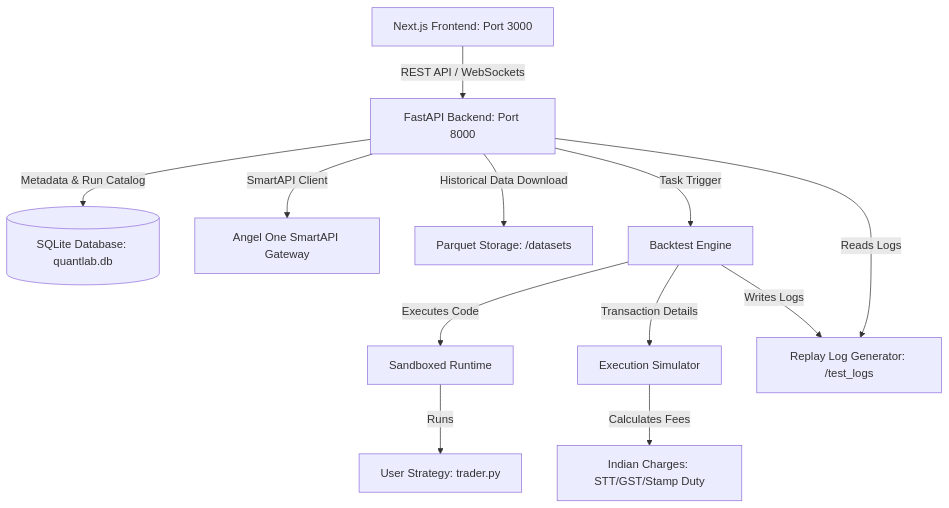
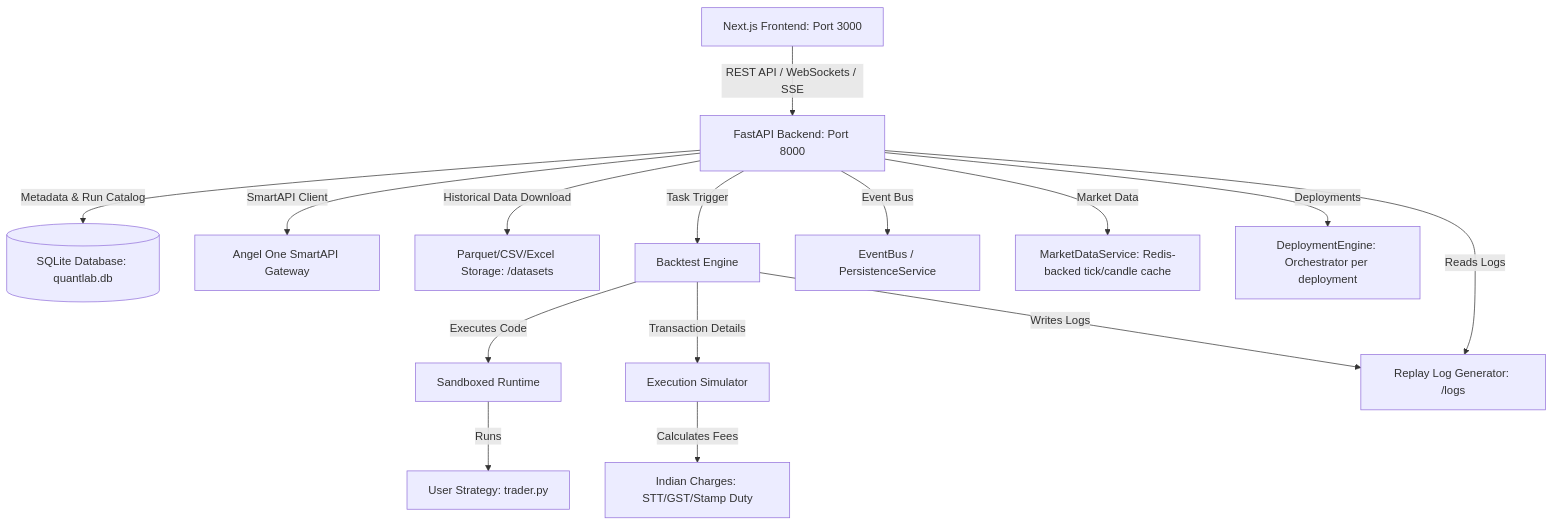
One commit to rajneesh-yadav-047/quantp changed the diagram in README.md. Above: the diagram before and after it, drawn with Mermaid. The commit also changed other lines of this file and 4153 other files, not shown here.

````diff
--- a/README.md
+++ b/README.md
@@ -117,14 +116,17 @@
 ```mermaid
 graph TD
-    A[Next.js Frontend: Port 3000] -->|REST API / WebSockets| B[FastAPI Backend: Port 8000]
+    A[Next.js Frontend: Port 3000] -->|REST API / WebSockets / SSE| B[FastAPI Backend: Port 8000]
     B -->|Metadata & Run Catalog| C[(SQLite Database: quantlab.db)]
     B -->|SmartAPI Client| D[Angel One SmartAPI Gateway]
-    B -->|Historical Data Download| E[Parquet Storage: /datasets]
+    B -->|Historical Data Download| E[Parquet/CSV/Excel Storage: /datasets]
     B -->|Task Trigger| F[Backtest Engine]
     F -->|Executes Code| G[Sandboxed Runtime]
     G -->|Runs| H[User Strategy: trader.py]
     F -->|Transaction Details| I[Execution Simulator]
     I -->|Calculates Fees| J[Indian Charges: STT/GST/Stamp Duty]
-    F -->|Writes Logs| K[Replay Log Generator: /test_logs]
+    F -->|Writes Logs| K[Replay Log Generator: /logs]
     B -->|Reads Logs| K
+    B -->|Event Bus| N[EventBus / PersistenceService]
+    B -->|Market Data| O[MarketDataService: Redis-backed tick/candle cache]
+    B -->|Deployments| P[DeploymentEngine: Orchestrator per deployment]
 ```
````
